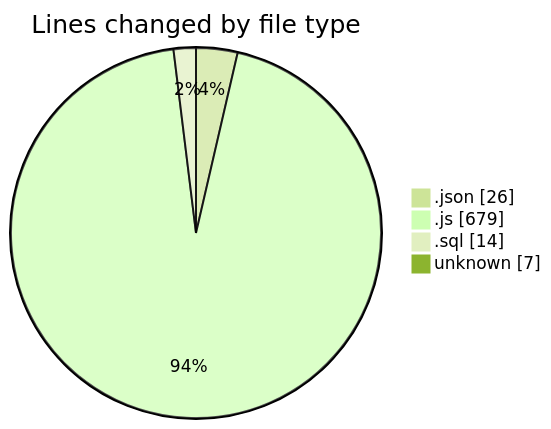
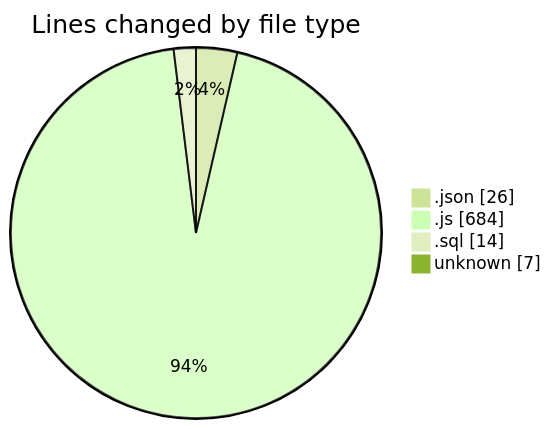
The first of 2 diagrams in 2025-09-10/cashcalc/README.md (nxtqubesakshisongat/code-tracking), drawn with Mermaid (forest theme) before and after one commit. The commit also changed other lines of this file and 1 other file, not shown here.

````diff
--- a/2025-09-10/cashcalc/README.md
+++ b/2025-09-10/cashcalc/README.md
@@ -33,8 +33,8 @@
 ```mermaid
 pie showData
 title Lines changed by file type
 ".json" : 26
-".js" : 679
+".js" : 684
 ".sql" : 14
 "unknown" : 7
 ```
````
